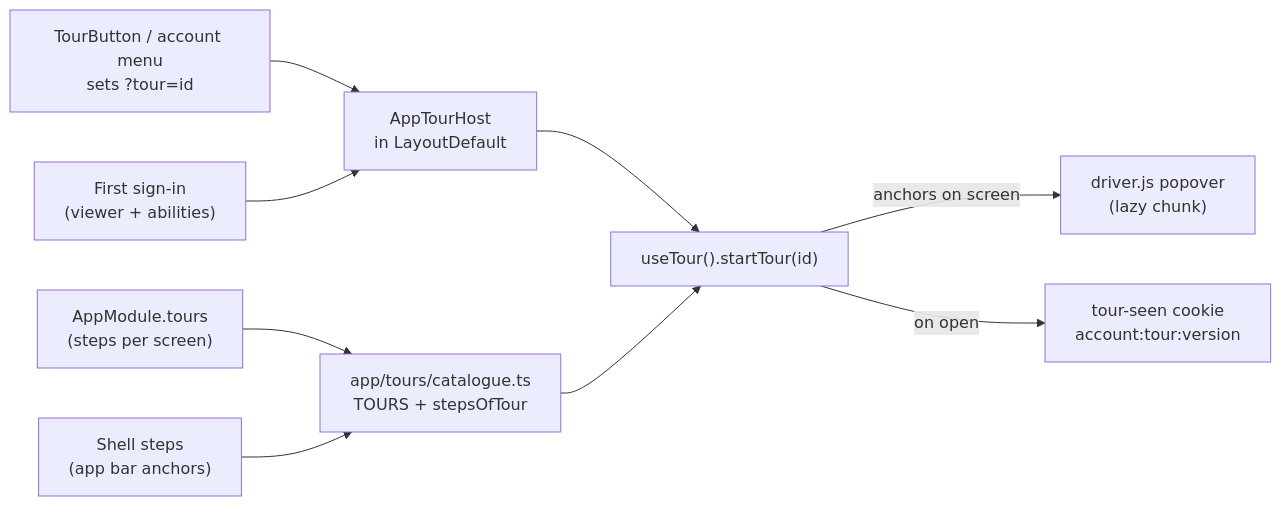
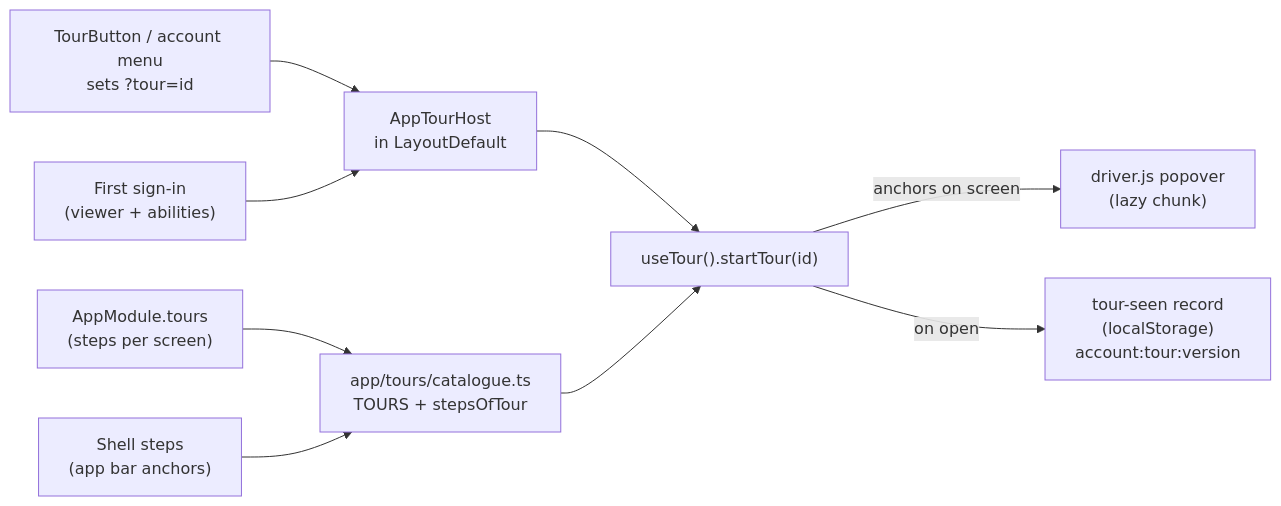
The diagram in docs/tools/tours.md (Guebbit/boilerplate-vue-frontend), drawn with Mermaid before and after one commit. The commit also changed other lines of this file and 19 other files, not shown here.

````diff
--- a/docs/tools/tours.md
+++ b/docs/tools/tours.md
@@ -20,11 +20,11 @@
 ```mermaid
 flowchart LR
     Module["AppModule.tours\n(steps per screen)"] --> Catalogue["app/tours/catalogue.ts\nTOURS + stepsOfTour"]
     Shell["Shell steps\n(app bar anchors)"] --> Catalogue
     Button["TourButton / account menu\nsets ?tour=id"] --> Host
     Login["First sign-in\n(viewer + abilities)"] --> Host["AppTourHost\nin LayoutDefault"]
     Host --> Use["useTour().startTour(id)"]
     Catalogue --> Use
     Use -->|anchors on screen| Driver["driver.js popover\n(lazy chunk)"]
-    Use -->|on open| Seen["tour-seen cookie\naccount:tour:version"]
+    Use -->|on open| Seen["tour-seen record\n(localStorage)\naccount:tour:version"]
 ```
````
